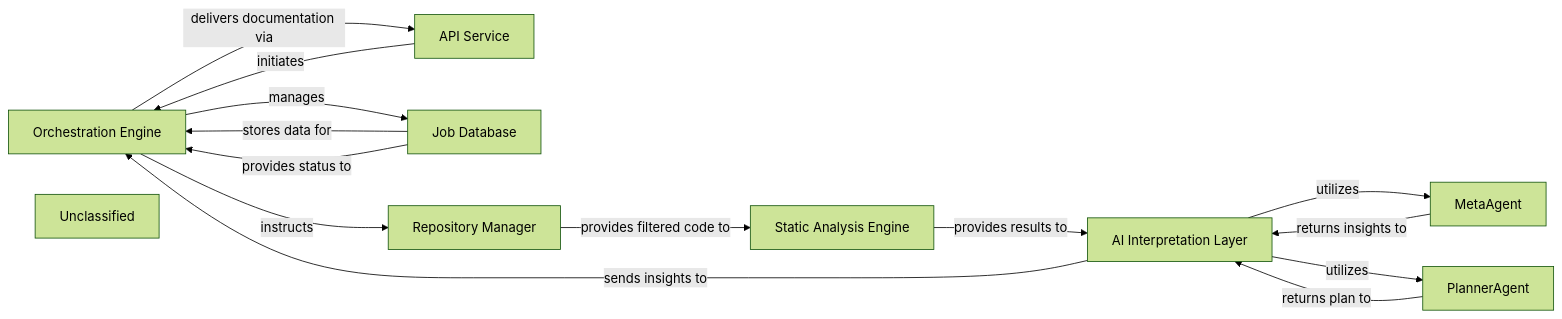
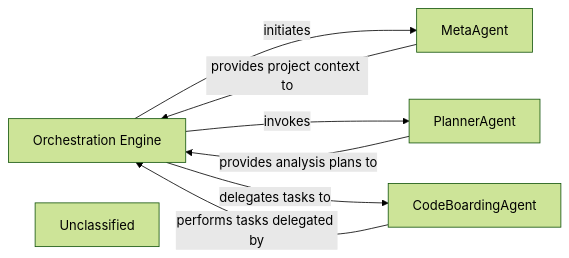
The diagram in .codeboarding/Orchestration_Engine.md (CodeBoarding/CodeBoarding), drawn with Mermaid (forest theme) before and after one commit. The commit also changed other lines of this file and 11 other files, not shown here.

First line of the commit message:
docs: update codeboarding documentation and generate architecture

````diff
--- a/.codeboarding/Orchestration_Engine.md
+++ b/.codeboarding/Orchestration_Engine.md
@@ -1,27 +1,15 @@
 ```mermaid
 graph LR
     Orchestration_Engine["Orchestration Engine"]
-    API_Service["API Service"]
-    Job_Database["Job Database"]
-    Repository_Manager["Repository Manager"]
-    Static_Analysis_Engine["Static Analysis Engine"]
-    AI_Interpretation_Layer["AI Interpretation Layer"]
     MetaAgent["MetaAgent"]
     PlannerAgent["PlannerAgent"]
+    CodeBoardingAgent["CodeBoardingAgent"]
     Unclassified["Unclassified"]
-    API_Service -- "initiates" --> Orchestration_Engine
-    Orchestration_Engine -- "manages" --> Job_Database
-    Orchestration_Engine -- "instructs" --> Repository_Manager
-    Repository_Manager -- "provides filtered code to" --> Static_Analysis_Engine
-    Static_Analysis_Engine -- "provides results to" --> AI_Interpretation_Layer
-    AI_Interpretation_Layer -- "utilizes" --> MetaAgent
-    AI_Interpretation_Layer -- "utilizes" --> PlannerAgent
-    MetaAgent -- "returns insights to" --> AI_Interpretation_Layer
-    PlannerAgent -- "returns plan to" --> AI_Interpretation_Layer
-    AI_Interpretation_Layer -- "sends insights to" --> Orchestration_Engine
-    Orchestration_Engine -- "delivers documentation via" --> API_Service
-    Job_Database -- "stores data for" --> Orchestration_Engine
-    Job_Database -- "provides status to" --> Orchestration_Engine
+    Orchestration_Engine -- "initiates" --> MetaAgent
+    Orchestration_Engine -- "invokes" --> PlannerAgent
+    Orchestration_Engine -- "delegates tasks to" --> CodeBoardingAgent
+    MetaAgent -- "provides project context to" --> Orchestration_Engine
+    PlannerAgent -- "provides analysis plans to" --> Orchestration_Engine
+    CodeBoardingAgent -- "performs tasks delegated by" --> Orchestration_Engine
     click Orchestration_Engine href "https://github.com/CodeBoarding/CodeBoarding/blob/main/.codeboarding/Orchestration_Engine.md" "Details"
-    click Static_Analysis_Engine href "https://github.com/CodeBoarding/CodeBoarding/blob/main/.codeboarding/Static_Analysis_Engine.md" "Details"
 ```
````
